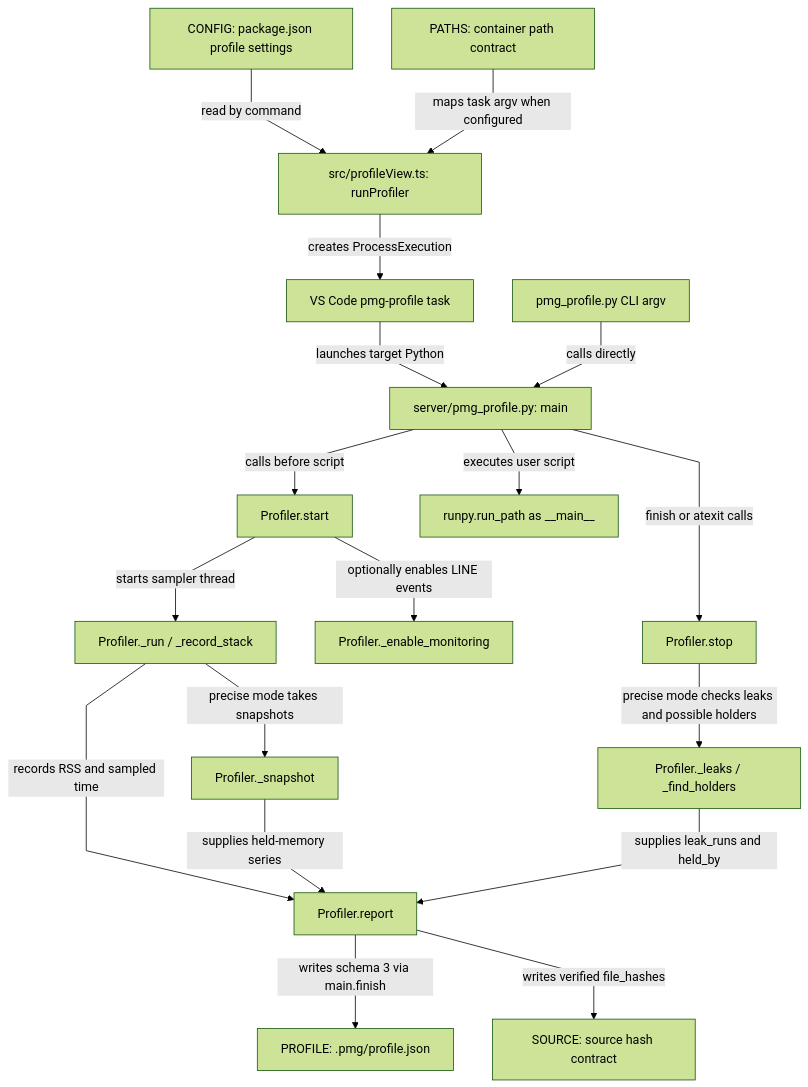
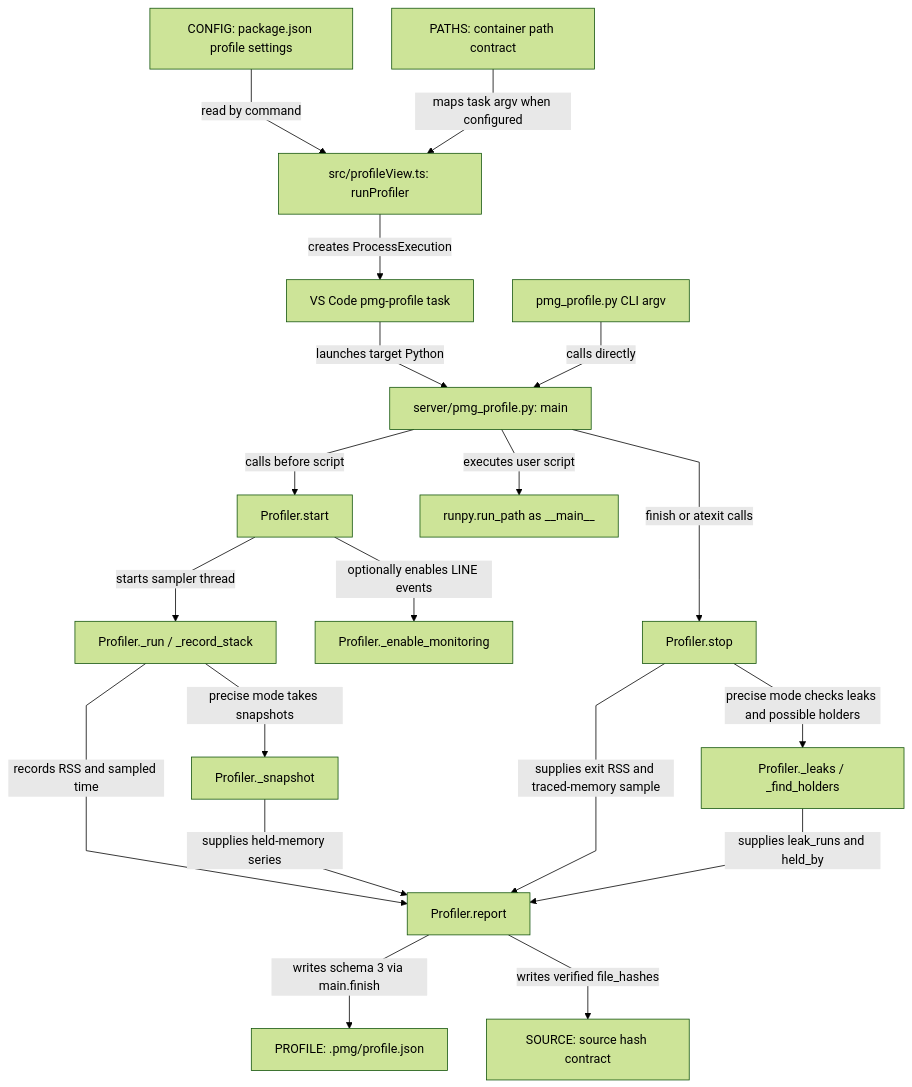
The ninth of 15 diagrams in docs/feature-map.md (AashishTangnami/python-memory-guardian), drawn with Mermaid (forest theme) before and after one commit. The commit also changed other lines of this file and 19 other files, not shown here.

````diff
--- a/docs/feature-map.md
+++ b/docs/feature-map.md
@@ -253,21 +257,22 @@
 ```mermaid
 %%{init: {"fontFamily":"Inter, ui-sans-serif, system-ui, sans-serif","flowchart":{"curve":"linear","nodeSpacing":50,"rankSpacing":60},"layout":"dagre"}}%%
 flowchart TD
     CONFIG["CONFIG: package.json profile settings"] -->|read by command| Run["src/profileView.ts: runProfiler"]
     PATHS["PATHS: container path contract"] -->|maps task argv when configured| Run
     Run -->|creates ProcessExecution| Task["VS Code pmg-profile task"]
     Task -->|launches target Python| Main["server/pmg_profile.py: main"]
     CLI["pmg_profile.py CLI argv"] -->|calls directly| Main
     Main -->|calls before script| Start["Profiler.start"]
     Main -->|executes user script| Script["runpy.run_path as __main__"]
     Start -->|starts sampler thread| Sample["Profiler._run / _record_stack"]
     Start -->|optionally enables LINE events| Monitor["Profiler._enable_monitoring"]
     Sample -->|records RSS and sampled time| Report["Profiler.report"]
     Sample -->|precise mode takes snapshots| Snapshot["Profiler._snapshot"]
     Snapshot -->|supplies held-memory series| Report
     Main -->|finish or atexit calls| Stop["Profiler.stop"]
+    Stop -->|supplies exit RSS and traced-memory sample| Report
     Stop -->|precise mode checks leaks and possible holders| Leak["Profiler._leaks / _find_holders"]
     Leak -->|supplies leak_runs and held_by| Report
     Report -->|writes schema 3 via main.finish| PROFILE["PROFILE: .pmg/profile.json"]
     Report -->|writes verified file_hashes| SOURCE["SOURCE: source hash contract"]
 ```
````
